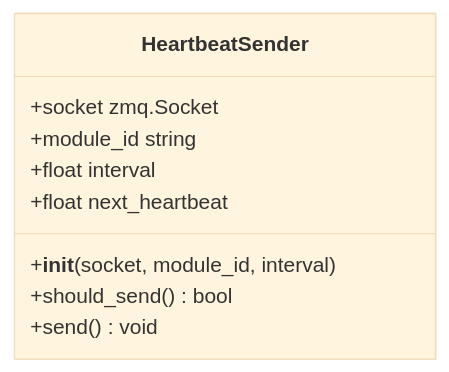
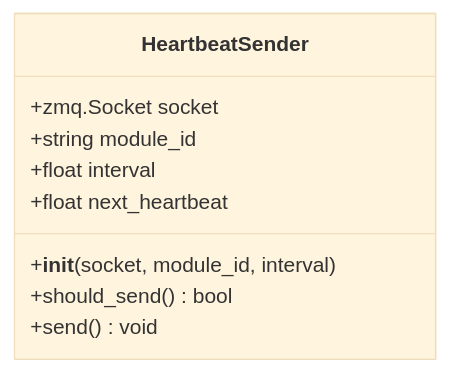
Before and after one commit to zt281/TycheEngine: the fourth of 11 diagrams in .qoder/repowiki/en/content/Heartbeat and Reliability.md, drawn with Mermaid (base theme). The commit also changed other lines of this file and 34 other files, not shown here.

````diff
--- a/.qoder/repowiki/en/content/Heartbeat and Reliability.md
+++ b/.qoder/repowiki/en/content/Heartbeat and Reliability.md
@@ -163,12 +180,12 @@
 ```mermaid
 classDiagram
 class HeartbeatSender {
-+socket zmq.Socket
-+module_id string
++zmq.Socket socket
++string module_id
 +float interval
 +float next_heartbeat
 +__init__(socket, module_id, interval)
 +should_send() bool
 +send() void
 }
 ```
````
